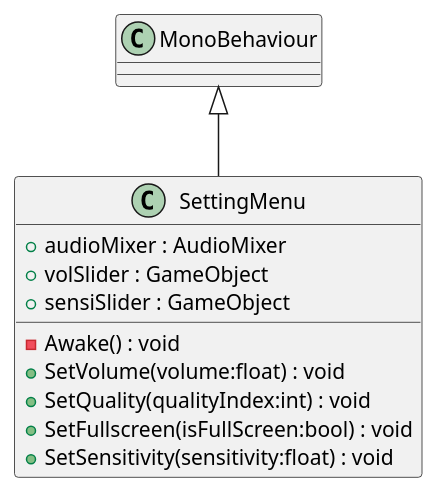
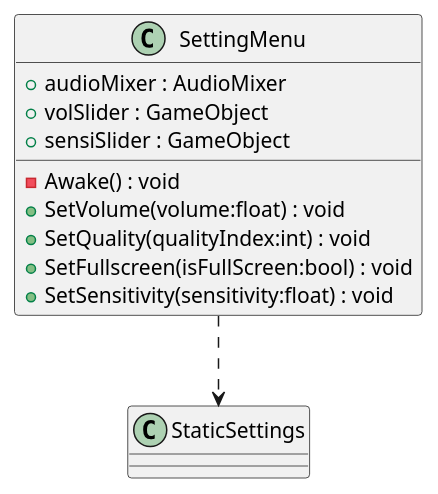
Before and after one commit to Eliaz-LR/3D-Minesweeper: the diagram in uml/Menu/SettingMenu.puml, drawn with PlantUML. The commit also changed 31 other files, not shown here.

Commit message:
few changes + UML shit

```diff
--- a/uml/Menu/SettingMenu.puml
+++ b/uml/Menu/SettingMenu.puml
@@ -1,13 +1,13 @@
 @startuml
 class SettingMenu {
     + audioMixer : AudioMixer
     + volSlider : GameObject
     + sensiSlider : GameObject
     - Awake() : void
     + SetVolume(volume:float) : void
     + SetQuality(qualityIndex:int) : void
     + SetFullscreen(isFullScreen:bool) : void
     + SetSensitivity(sensitivity:float) : void
 }
-MonoBehaviour <|-- SettingMenu
+SettingMenu ..> StaticSettings
 @enduml
```
